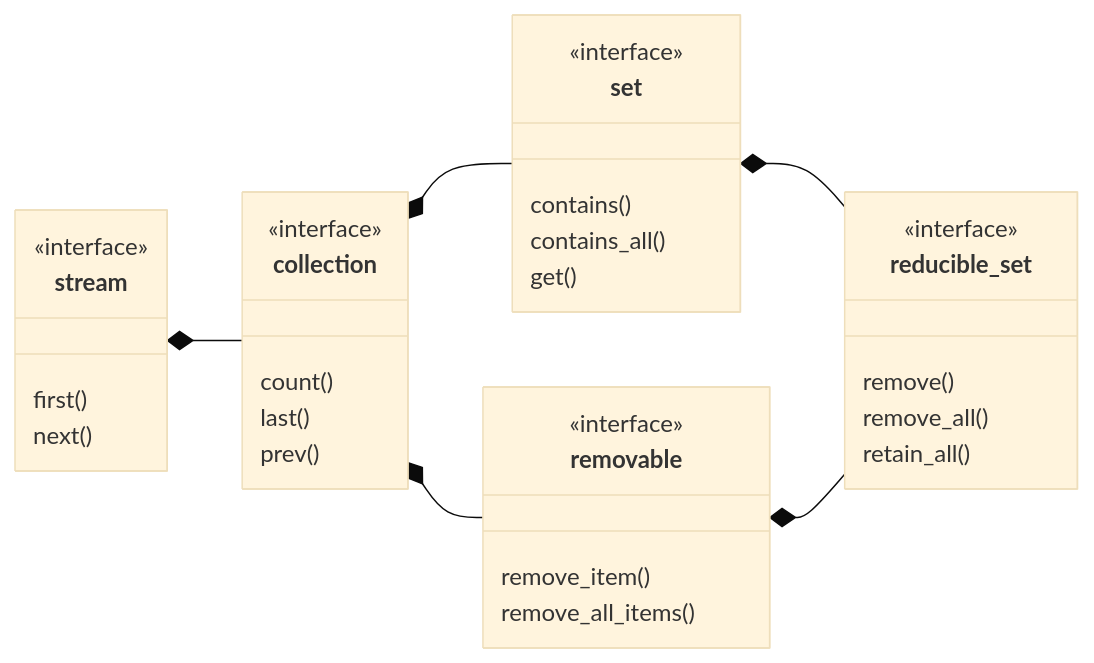
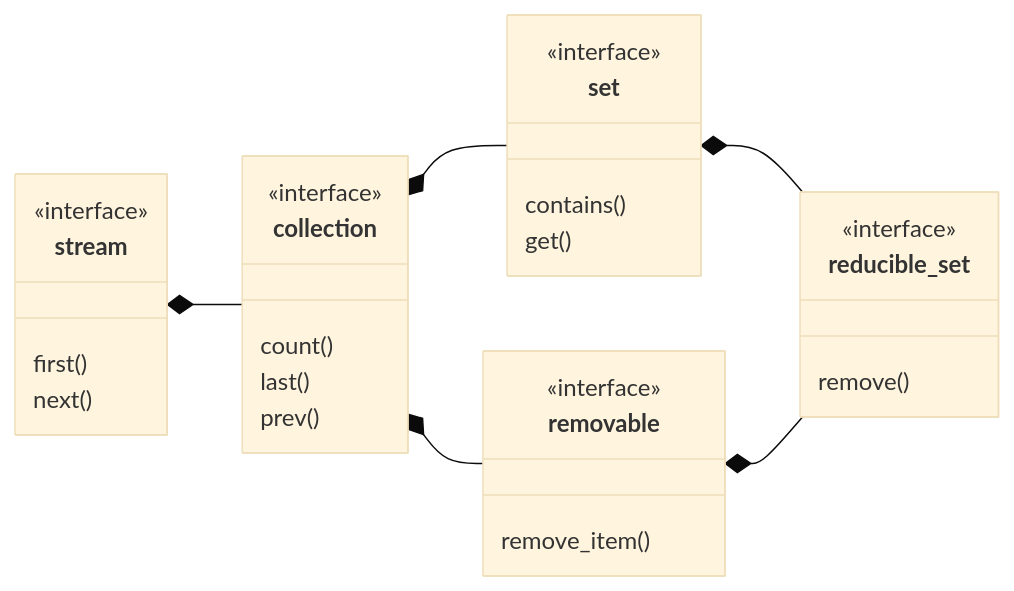
One commit to pretore/aquarium-butterflyfish changed the diagram in doc/reducible_set.md. Above: the diagram before and after it, drawn with Mermaid (base theme). The commit also changed 387 other files, not shown here.

````diff
--- a/doc/reducible_set.md
+++ b/doc/reducible_set.md
@@ -3,37 +3,33 @@
 ```mermaid
 classDiagram
     direction LR
     class stream {
         first()
         next()
     }
     <<interface>> stream
     class collection {
         count()
         last()
         prev()
     }
     <<interface>> collection
     stream *-- collection
     class set {
         contains()
-        contains_all()
         get()
     }
     <<interface>> set
     collection *-- set
     class removable {
         remove_item()
-        remove_all_items()
     }
     <<interface>> removable
     collection *-- removable
     class reducible_set {
         remove()
-        remove_all()
-        retain_all()
     }
     <<interface>> reducible_set
     set *-- reducible_set
     removable *-- reducible_set
 ```
````
